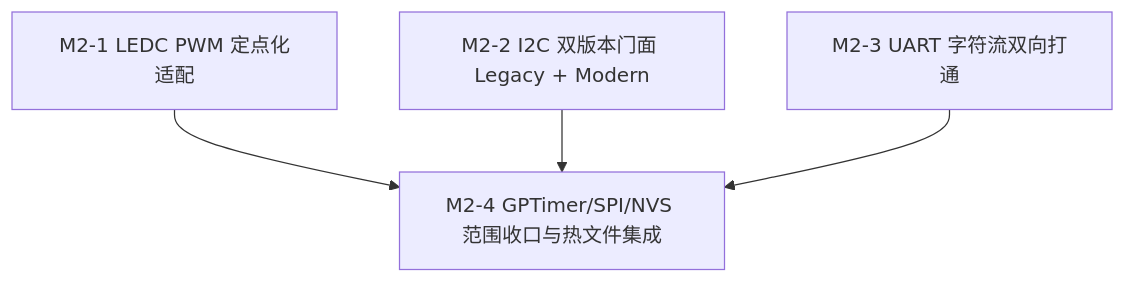
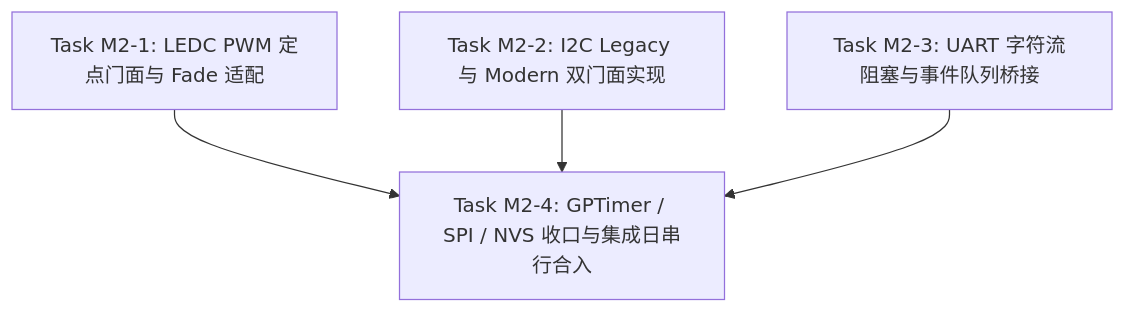
One commit to wink-cloud-hub/wink-ai-embedded changed the diagram in docs/implementation-plans/esp32/2026-09-25-esp-idf-sim-m2-bus-plan.md. Above: the diagram before and after it, drawn with Mermaid. The commit also changed other lines of this file, not shown here.

````diff
--- a/docs/implementation-plans/esp32/2026-09-25-esp-idf-sim-m2-bus-plan.md
+++ b/docs/implementation-plans/esp32/2026-09-25-esp-idf-sim-m2-bus-plan.md
@@ -73,6 +233,10 @@
 ```mermaid
 graph TD
-    M2_1[M2-1 LEDC PWM 定点化适配] --> M2_4[M2-4 GPTimer/SPI/NVS 范围收口与热文件集成]
-    M2_2[M2-2 I2C 双版本门面 Legacy + Modern] --> M2_4
-    M2_3[M2-3 UART 字符流双向打通] --> M2_4
+    M2_1[Task M2-1: LEDC PWM 定点门面与 Fade 适配]
+    M2_2[Task M2-2: I2C Legacy 与 Modern 双门面实现]
+    M2_3[Task M2-3: UART 字符流阻塞与事件队列桥接]
+    
+    M2_1 --> M2_4[Task M2-4: GPTimer / SPI / NVS 收口与集成日串行合入]
+    M2_2 --> M2_4
+    M2_3 --> M2_4
 ```
````
